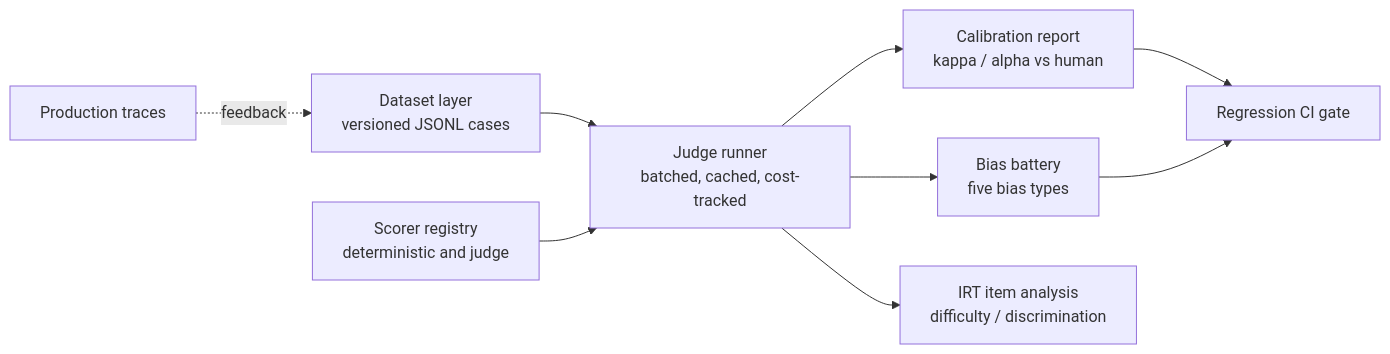
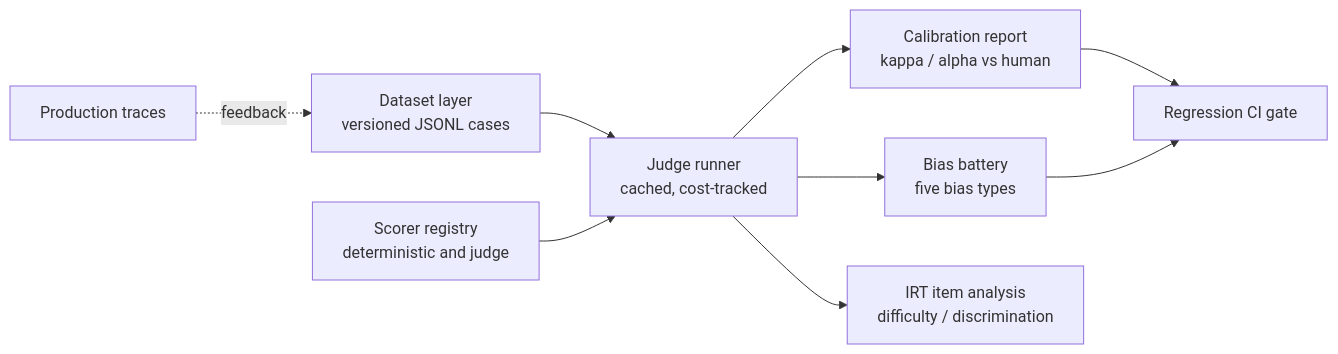
The diagram in README.md (mavrekc/judgekit), drawn with Mermaid before and after one commit. The commit also changed other lines of this file and 1 other file, not shown here.

Commit message:
docs: README judge runner walkthrough - offline cached example, live invocation, and cost figures

````diff
--- a/README.md
+++ b/README.md
@@ -24,11 +28,11 @@
 ```mermaid
 flowchart LR
-    DS[Dataset layer<br/>versioned JSONL cases] --> RN[Judge runner<br/>batched, cached, cost-tracked]
+    DS[Dataset layer<br/>versioned JSONL cases] --> RN[Judge runner<br/>cached, cost-tracked]
     SC[Scorer registry<br/>deterministic and judge] --> RN
     RN --> CAL[Calibration report<br/>kappa / alpha vs human]
     RN --> BIAS[Bias battery<br/>five bias types]
     RN --> IRT[IRT item analysis<br/>difficulty / discrimination]
     CAL --> GATE[Regression CI gate]
     BIAS --> GATE
     PROD[Production traces] -.feedback.-> DS
 ```
````
